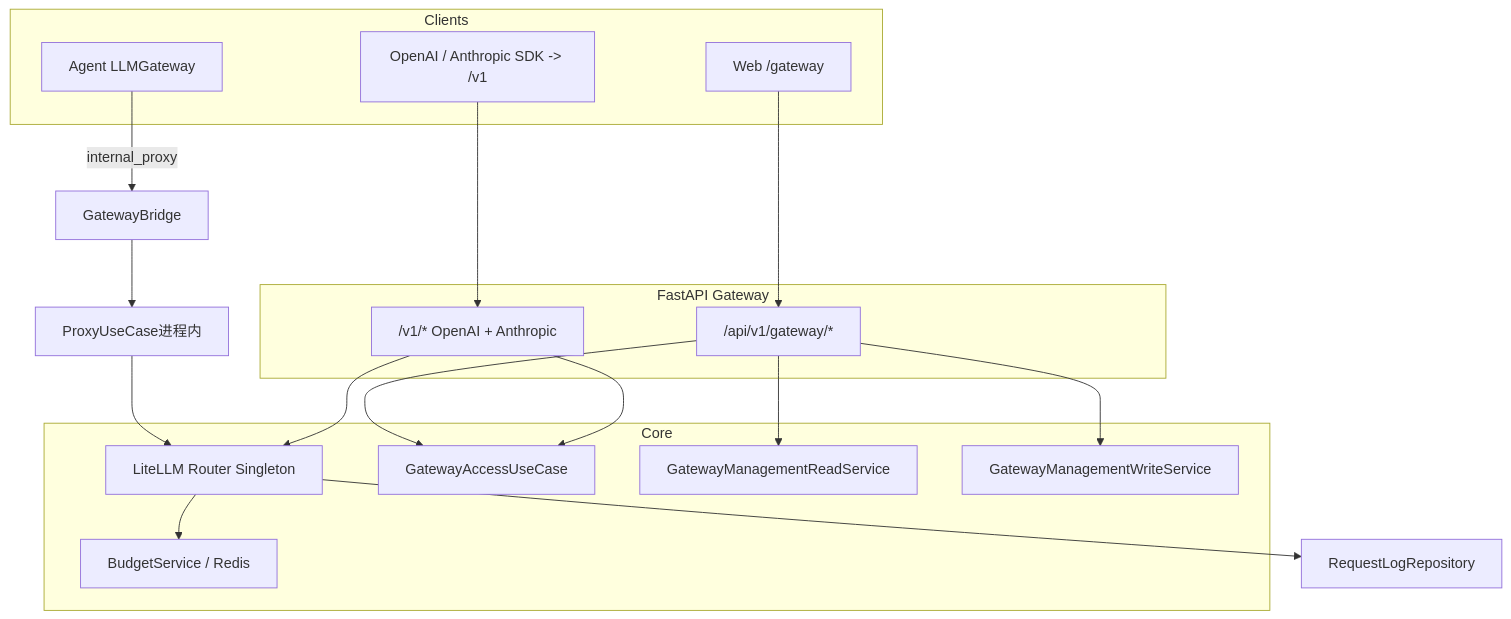
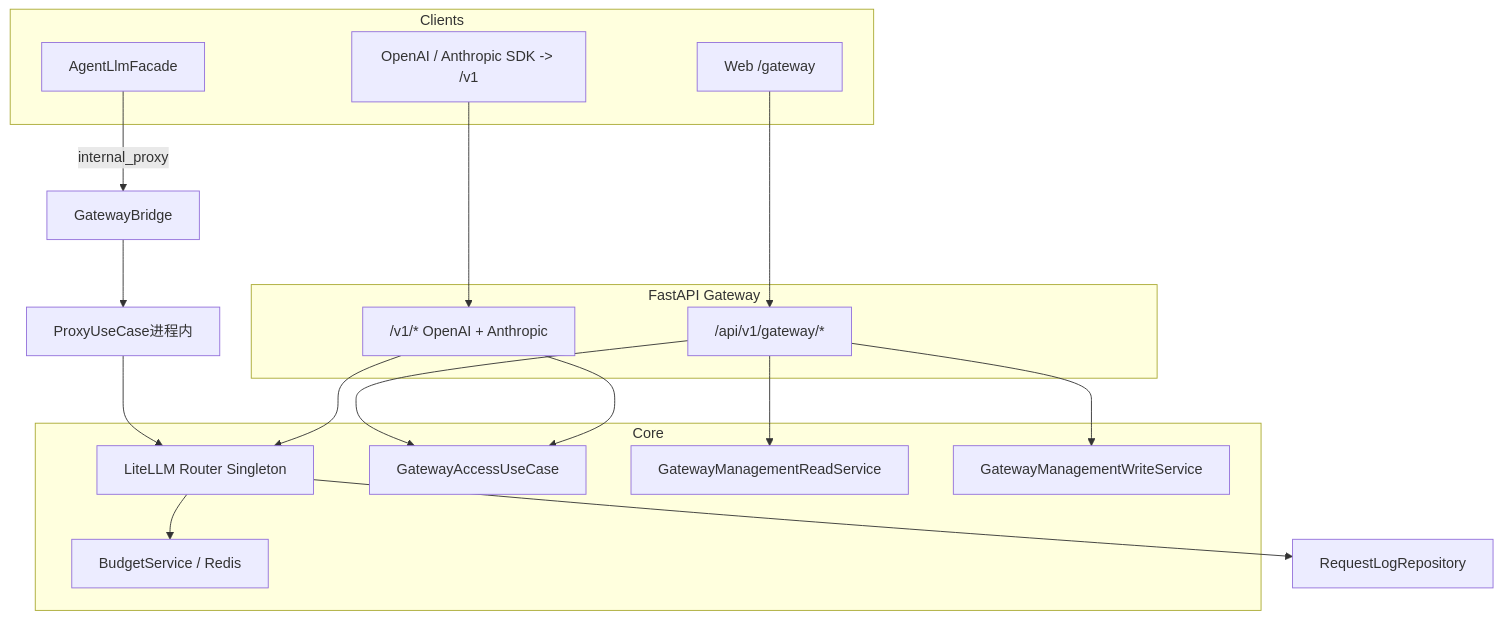
One commit to tianyehedashu/ai-agent changed the diagram in backend/docs/AI_GATEWAY_DOMAIN_ARCHITECTURE.md. Above: the diagram before and after it, drawn with Mermaid. The commit also changed other lines of this file and 150 other files, not shown here.

First line of the commit message:
refactor(agent,gateway): isolate Agent LLM behind AgentLlmFacade and Gateway bridge

````diff
--- a/backend/docs/AI_GATEWAY_DOMAIN_ARCHITECTURE.md
+++ b/backend/docs/AI_GATEWAY_DOMAIN_ARCHITECTURE.md
@@ -135,29 +135,29 @@
 ```mermaid
 flowchart TB
   subgraph clients [Clients]
     UI[Web /gateway]
     Ext[OpenAI / Anthropic SDK -> /v1]
-    Agent[Agent LLMGateway]
+    Agent[AgentLlmFacade]
   end
   subgraph gateway_http [FastAPI Gateway]
     Mgmt["/api/v1/gateway/*"]
     V1["/v1/* OpenAI + Anthropic"]
   end
   subgraph core [Core]
     Router[LiteLLM Router Singleton]
     Budget[BudgetService / Redis]
     Access[GatewayAccessUseCase]
     ReadSvc[GatewayManagementReadService]
     WriteSvc[GatewayManagementWriteService]
   end
   UI --> Mgmt
   Ext --> V1
   Agent -->|internal_proxy| Bridge[GatewayBridge]
   Bridge --> ProxyUC[ProxyUseCase进程内]
   ProxyUC --> Router
   Mgmt --> Access & ReadSvc & WriteSvc
   V1 --> Access
   V1 --> Router
   Router --> Budget
   Router --> LogRepo[RequestLogRepository]
 ```
````
